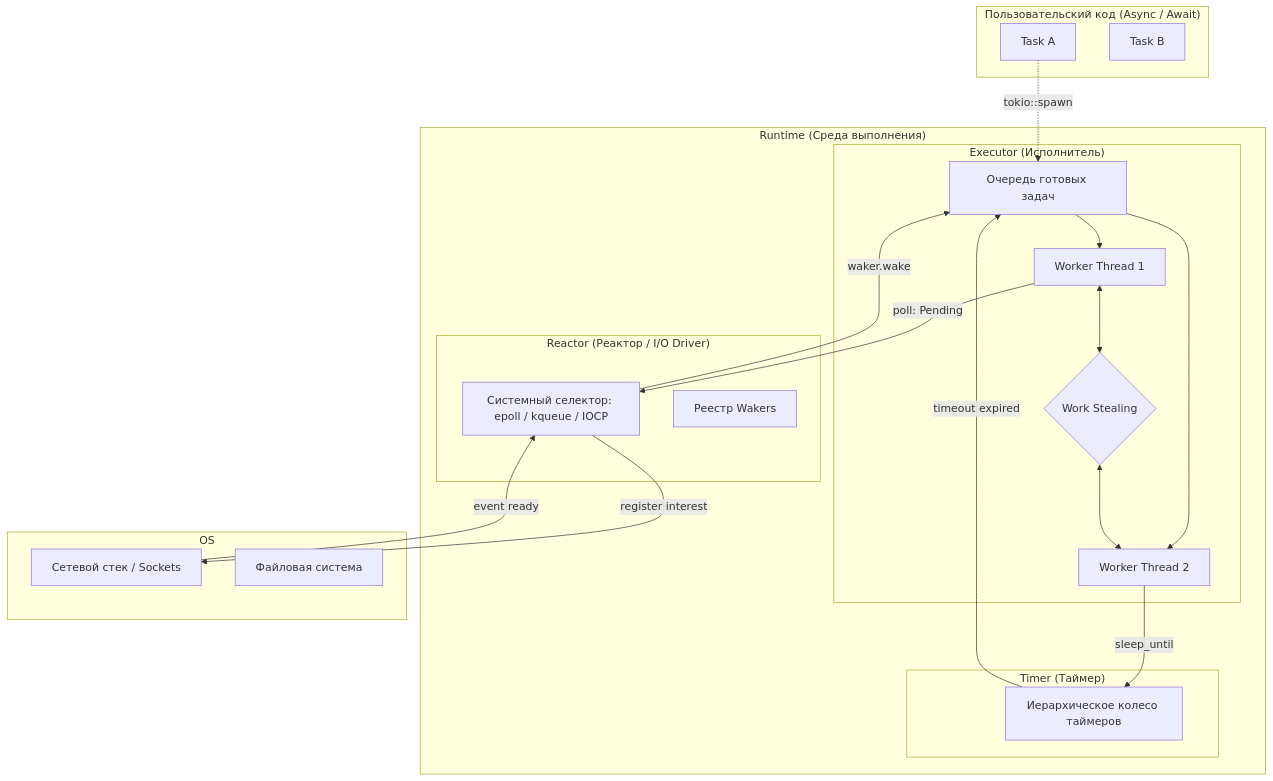
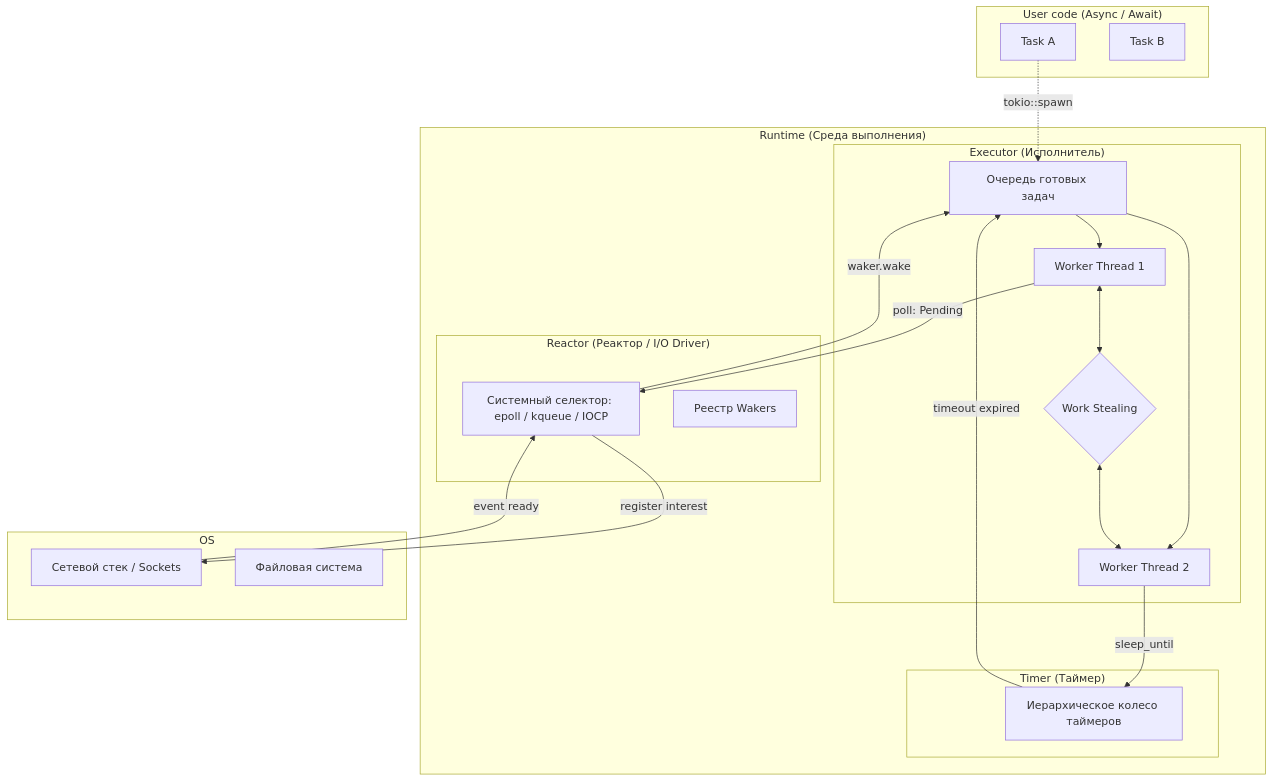
Before and after one commit to ArthurPronota/rust-incubator: the diagram in 3_ecosystem/3_11_async/README.md, drawn with Mermaid.

````diff
--- a/3_ecosystem/3_11_async/README.md
+++ b/3_ecosystem/3_11_async/README.md
@@ -629,44 +629,44 @@
 ```mermaid
 graph TD
-    subgraph "Пользовательский код (Async / Await)"
+    subgraph "User code (Async / Await)"
         Task1[Task A]
         Task2[Task B]
     end
 
     subgraph "Runtime (Среда выполнения)"
         subgraph "Executor (Исполнитель)"
             Queue[Очередь готовых задач]
             Worker1[Worker Thread 1]
             Worker2[Worker Thread 2]
             Steal{Work Stealing}
         end
 
         subgraph "Reactor (Реактор / I/O Driver)"
             Poller[Системный селектор: epoll / kqueue / IOCP]
             Registry[Реестр Wakers]
         end
 
         subgraph "Timer (Таймер)"
             Wheel[Иерархическое колесо таймеров]
         end
     end
 
     subgraph "OS"
         Network[Сетевой стек / Sockets]
         Filesystem[Файловая система]
     end
 
     %% Потоки данных
     Task1 -.->|tokio::spawn| Queue
     Queue --> Worker1
     Queue --> Worker2
     Worker1 <--> Steal <--> Worker2
     
     Worker1 -->|poll: Pending| Poller
     Poller -->|register interest| Network
     Network -->|event ready| Poller
     Poller -->|waker.wake| Queue
     
     Worker2 -->|sleep_until| Wheel
     Wheel -->|timeout expired| Queue
 ```
````
